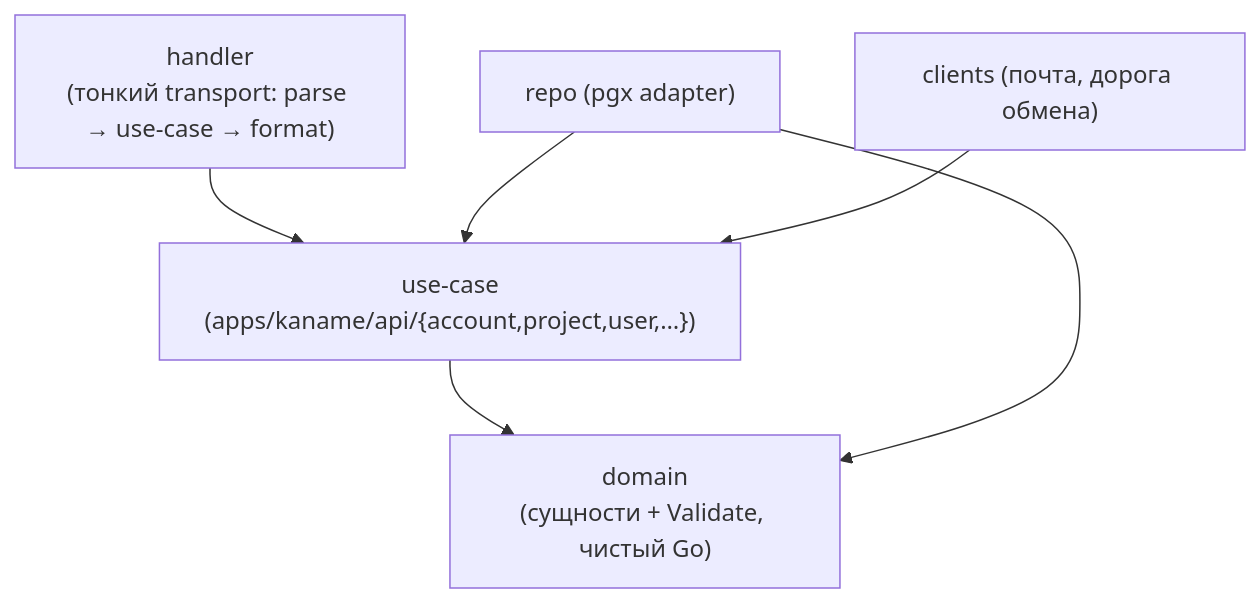
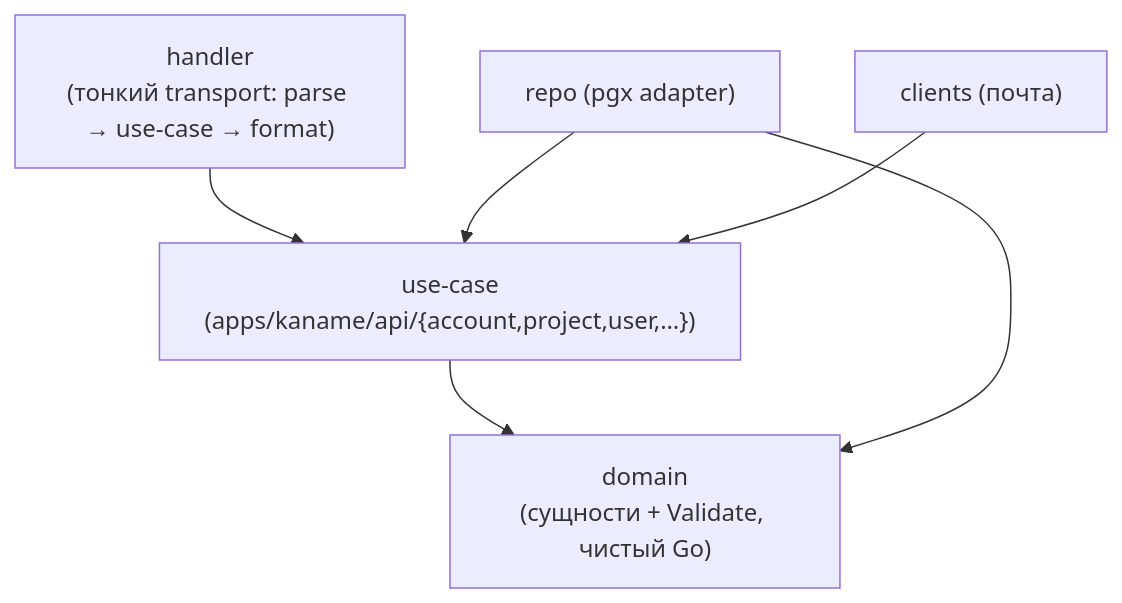
The first of 2 diagrams in docs/content/architecture/overview.mdx (PRO-Robotech/kaname), drawn with Mermaid before and after one commit. The commit also changed other lines of this file and 81 other files, not shown here.

````diff
--- a/docs/content/architecture/overview.mdx
+++ b/docs/content/architecture/overview.mdx
@@ -21,8 +21,8 @@
 ```mermaid
 flowchart TD
   handler["handler<br/>(тонкий transport: parse → use-case → format)"] --> uc["use-case<br/>(apps/kaname/api/{account,project,user,…})"]
   repo["repo (pgx adapter)"] --> uc
-  clients["clients (почта, дорога обмена)"] --> uc
+  clients["clients (почта)"] --> uc
   uc --> domain["domain<br/>(сущности + Validate, чистый Go)"]
   repo --> domain
 ```
````
